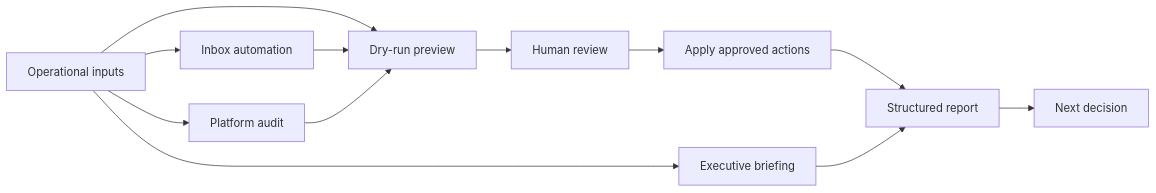
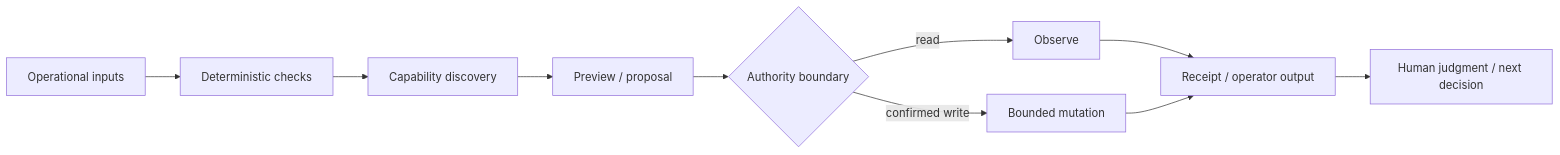
One commit to silvermanjared-web/marketing-ops-toolkit changed the diagram in README.md. Above: the diagram before and after it, drawn with Mermaid. The commit also changed other lines of this file and 17 other files, not shown here.

````diff
--- a/README.md
+++ b/README.md
@@ -13,15 +43,12 @@
 ```mermaid
 flowchart LR
-    Inputs[Operational inputs] --> DryRun[Dry-run preview]
-    DryRun --> Review[Human review]
-    Review --> Apply[Apply approved actions]
-    Apply --> Report[Structured report]
-    Report --> Decision[Next decision]
-
-    Inputs --> Inbox[Inbox automation]
-    Inputs --> Audit[Platform audit]
-    Inputs --> Brief[Executive briefing]
-    Inbox --> DryRun
-    Audit --> DryRun
-    Brief --> Report
+    I[Operational inputs] --> D[Deterministic checks]
+    D --> C[Capability discovery]
+    C --> P[Preview / proposal]
+    P --> A{Authority boundary}
+    A -->|read| O[Observe]
+    A -->|confirmed write| M[Bounded mutation]
+    O --> R[Receipt / operator output]
+    M --> R
+    R --> J[Human judgment / next decision]
 ```
````
